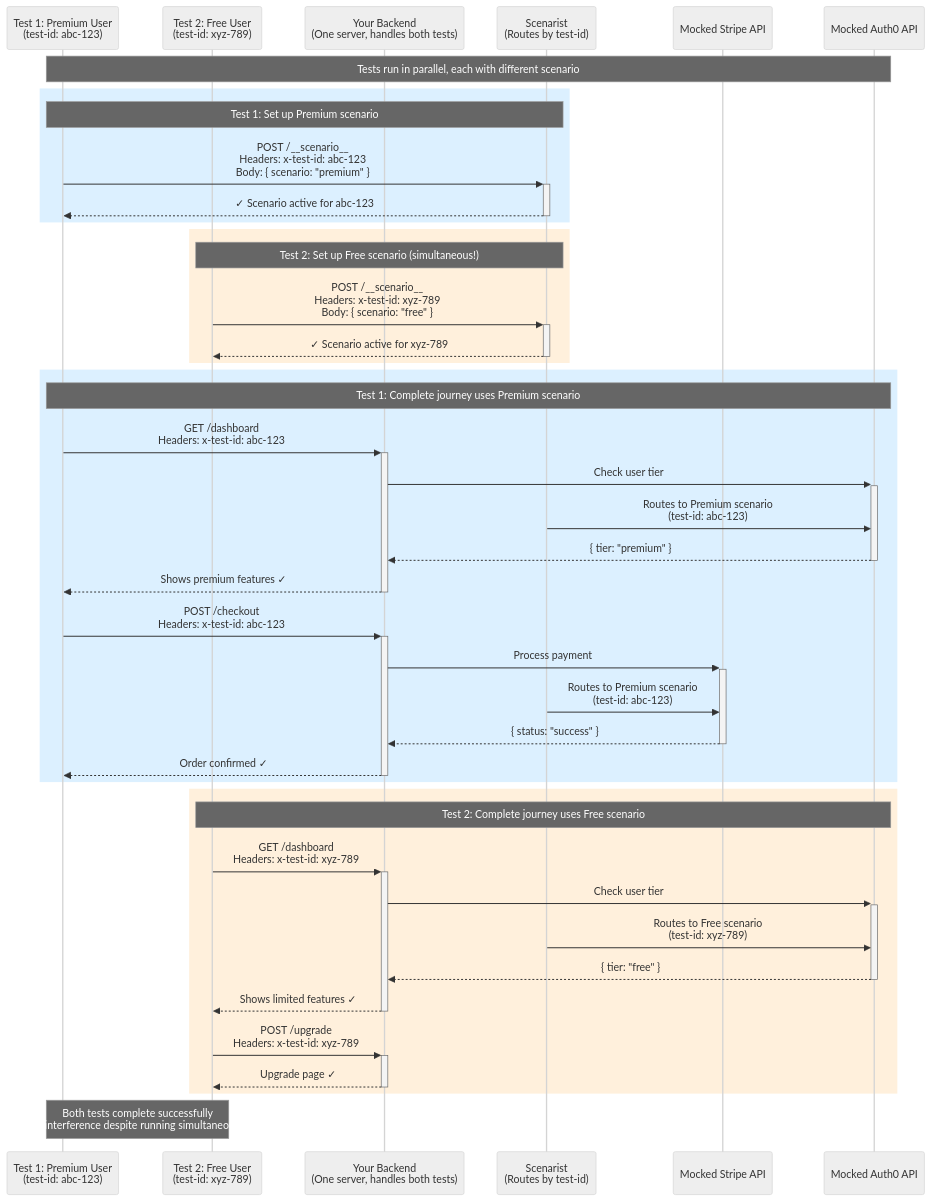
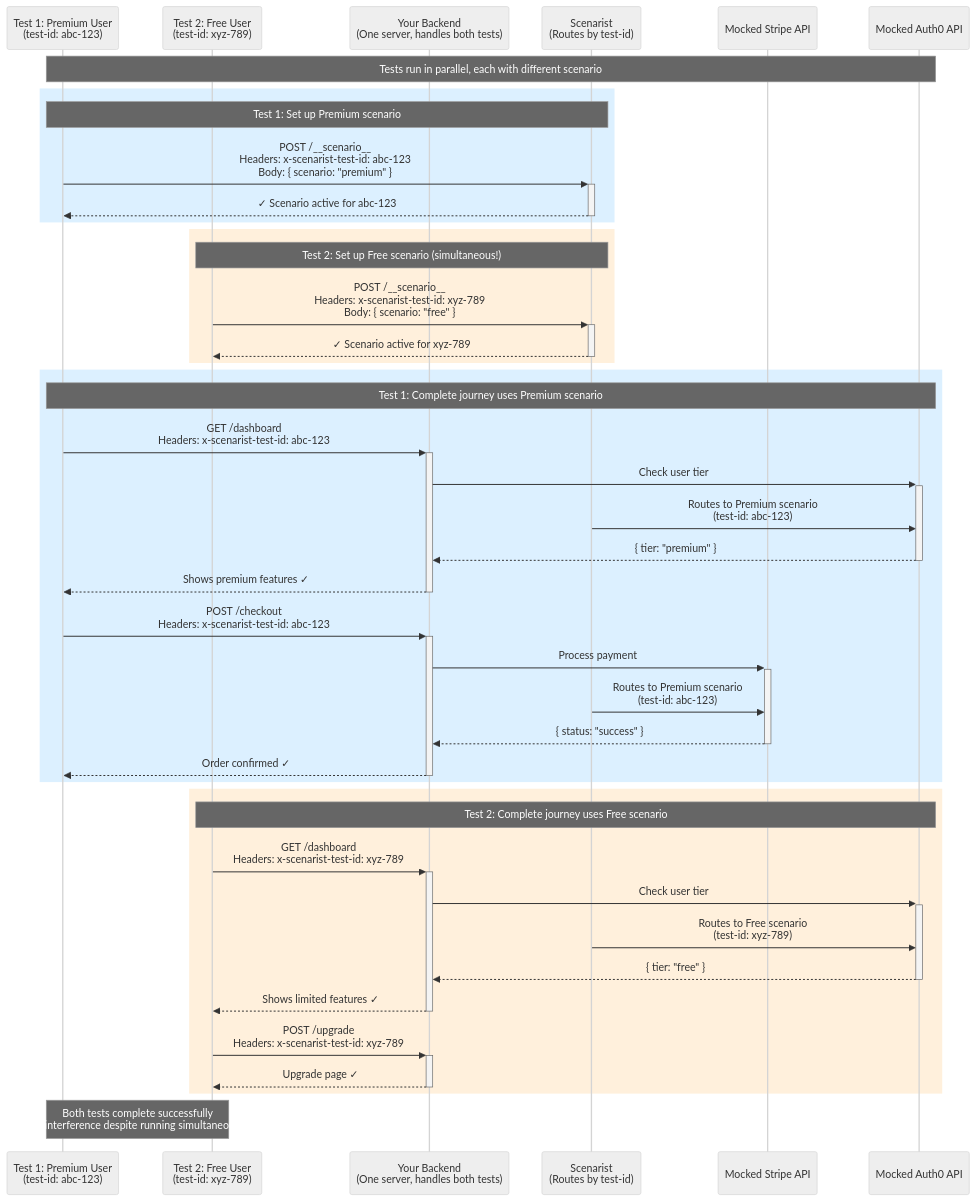
One commit to citypaul/scenarist changed the third of 3 diagrams in apps/docs/src/content/docs/introduction/overview.md. Above: the diagram before and after it, drawn with Mermaid (neutral theme). The commit also changed other lines of this file and 146 other files, not shown here.

First line of the commit message:
feat!: standardize test ID header to x-scenarist-test-id (#140)

````diff
--- a/apps/docs/src/content/docs/introduction/overview.md
+++ b/apps/docs/src/content/docs/introduction/overview.md
@@ -266,52 +266,52 @@
 ```mermaid
 sequenceDiagram
     participant T1 as Test 1: Premium User<br/>(test-id: abc-123)
     participant T2 as Test 2: Free User<br/>(test-id: xyz-789)
     participant Server as Your Backend<br/>(One server, handles both tests)
     participant Scenarist as Scenarist<br/>(Routes by test-id)
     participant Stripe as Mocked Stripe API
     participant Auth as Mocked Auth0 API
 
     Note over T1,Auth: Tests run in parallel, each with different scenario
 
     rect rgb(220, 240, 255)
         Note over T1,Scenarist: Test 1: Set up Premium scenario
-        T1->>+Scenarist: POST /__scenario__<br/>Headers: x-test-id: abc-123<br/>Body: { scenario: "premium" }
+        T1->>+Scenarist: POST /__scenario__<br/>Headers: x-scenarist-test-id: abc-123<br/>Body: { scenario: "premium" }
         Scenarist-->>-T1: ✓ Scenario active for abc-123
     end
 
     rect rgb(255, 240, 220)
         Note over T2,Scenarist: Test 2: Set up Free scenario (simultaneous!)
-        T2->>+Scenarist: POST /__scenario__<br/>Headers: x-test-id: xyz-789<br/>Body: { scenario: "free" }
+        T2->>+Scenarist: POST /__scenario__<br/>Headers: x-scenarist-test-id: xyz-789<br/>Body: { scenario: "free" }
         Scenarist-->>-T2: ✓ Scenario active for xyz-789
     end
 
     rect rgb(220, 240, 255)
         Note over T1,Auth: Test 1: Complete journey uses Premium scenario
-        T1->>+Server: GET /dashboard<br/>Headers: x-test-id: abc-123
+        T1->>+Server: GET /dashboard<br/>Headers: x-scenarist-test-id: abc-123
         Server->>+Auth: Check user tier
         Scenarist->>Auth: Routes to Premium scenario<br/>(test-id: abc-123)
         Auth-->>-Server: { tier: "premium" }
         Server-->>-T1: Shows premium features ✓
 
-        T1->>+Server: POST /checkout<br/>Headers: x-test-id: abc-123
+        T1->>+Server: POST /checkout<br/>Headers: x-scenarist-test-id: abc-123
         Server->>+Stripe: Process payment
         Scenarist->>Stripe: Routes to Premium scenario<br/>(test-id: abc-123)
         Stripe-->>-Server: { status: "success" }
         Server-->>-T1: Order confirmed ✓
     end
 
     rect rgb(255, 240, 220)
         Note over T2,Auth: Test 2: Complete journey uses Free scenario
-        T2->>+Server: GET /dashboard<br/>Headers: x-test-id: xyz-789
+        T2->>+Server: GET /dashboard<br/>Headers: x-scenarist-test-id: xyz-789
         Server->>+Auth: Check user tier
         Scenarist->>Auth: Routes to Free scenario<br/>(test-id: xyz-789)
         Auth-->>-Server: { tier: "free" }
         Server-->>-T2: Shows limited features ✓
 
-        T2->>+Server: POST /upgrade<br/>Headers: x-test-id: xyz-789
+        T2->>+Server: POST /upgrade<br/>Headers: x-scenarist-test-id: xyz-789
         Server-->>-T2: Upgrade page ✓
     end
 
     Note over T1,T2: Both tests complete successfully<br/>No interference despite running simultaneously
 ```
````
